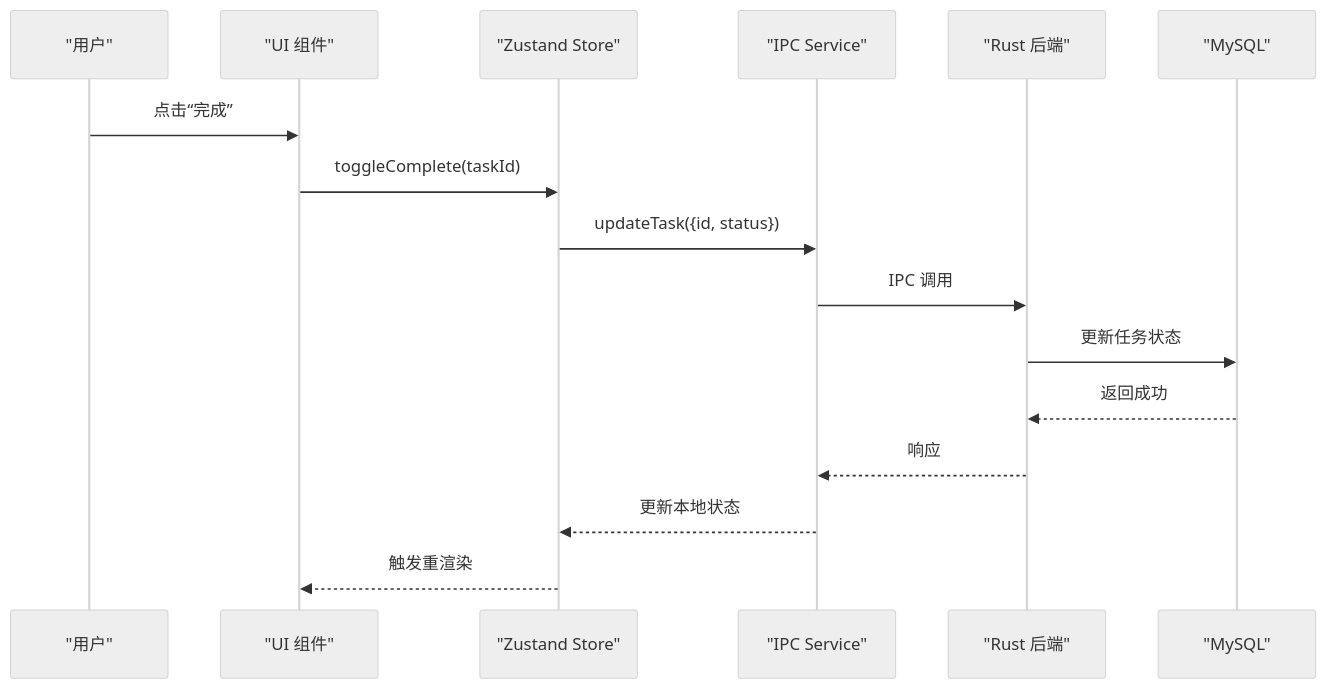
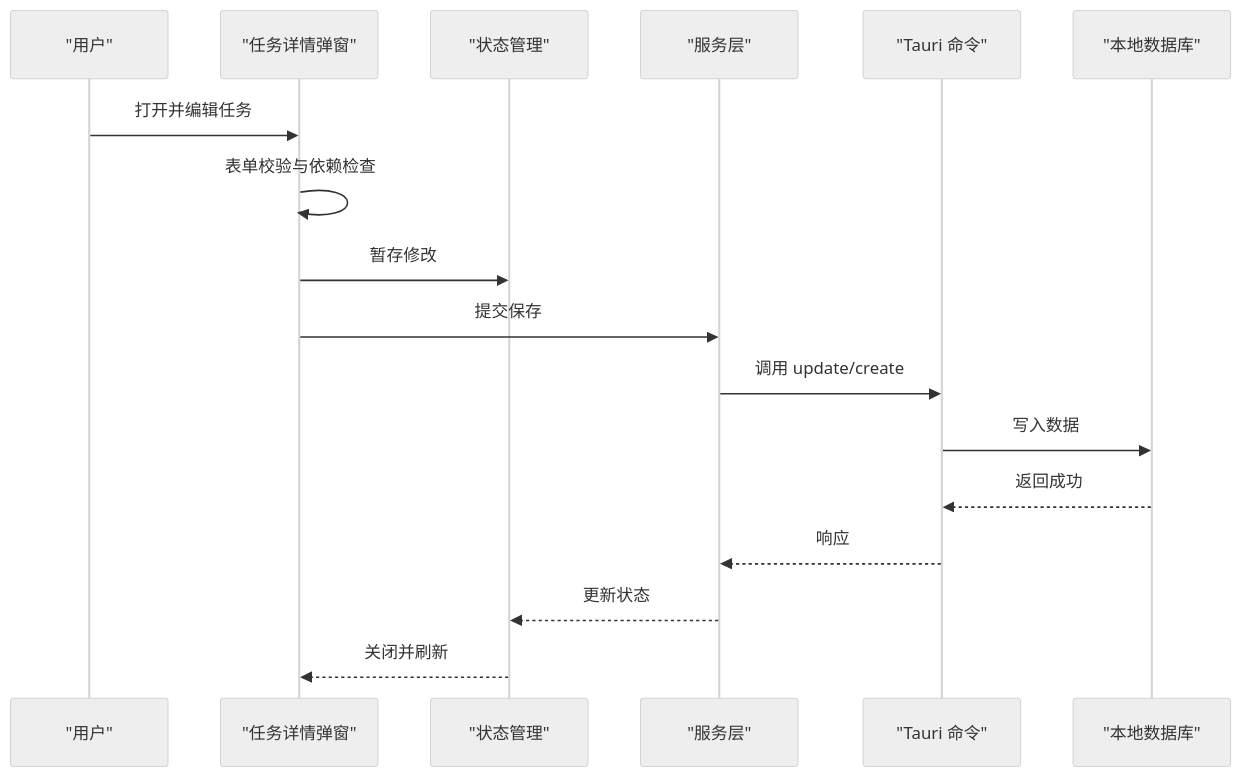
Before and after one commit to gzdxhujiale/FishWorker: the sixth of 10 diagrams in .qoder/repowiki/zh/content/核心功能模块/时间管理系统.md, drawn with Mermaid (neutral theme). The commit also changed other lines of this file and 238 other files, not shown here.

````diff
--- a/.qoder/repowiki/zh/content/核心功能模块/时间管理系统.md
+++ b/.qoder/repowiki/zh/content/核心功能模块/时间管理系统.md
@@ -291,18 +250,19 @@
 ```mermaid
 sequenceDiagram
 participant User as "用户"
-participant UI as "UI 组件"
-participant Store as "Zustand Store"
-participant Service as "IPC Service"
-participant Backend as "Rust 后端"
-participant DB as "MySQL"
-User->>UI : 点击“完成”
-UI->>Store : toggleComplete(taskId)
-Store->>Service : updateTask({id, status})
-Service->>Backend : IPC 调用
-Backend->>DB : 更新任务状态
-DB-->>Backend : 返回成功
-Backend-->>Service : 响应
-Service-->>Store : 更新本地状态
-Store-->>UI : 触发重渲染
+participant Modal as "任务详情弹窗"
+participant Store as "状态管理"
+participant Svc as "服务层"
+participant Tauri as "Tauri 命令"
+participant DB as "本地数据库"
+User->>Modal : 打开并编辑任务
+Modal->>Modal : 表单校验与依赖检查
+Modal->>Store : 暂存修改
+Modal->>Svc : 提交保存
+Svc->>Tauri : 调用 update/create
+Tauri->>DB : 写入数据
+DB-->>Tauri : 返回成功
+Tauri-->>Svc : 响应
+Svc-->>Store : 更新状态
+Store-->>Modal : 关闭并刷新
 ```
````
